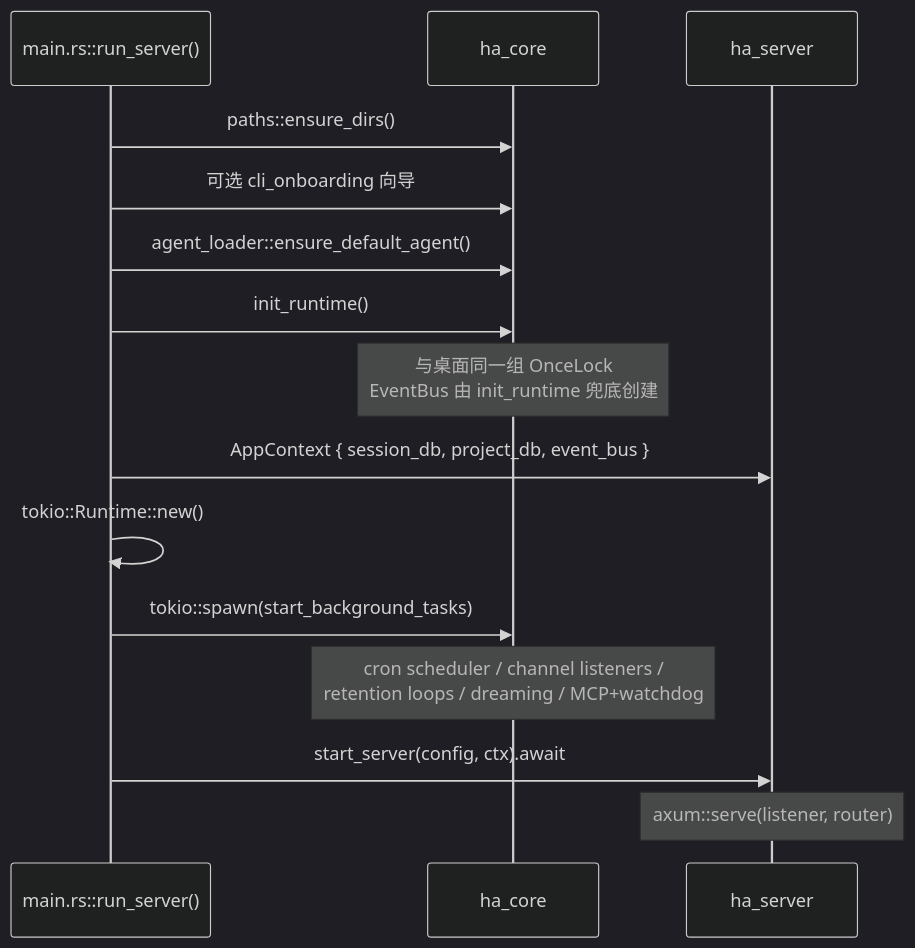
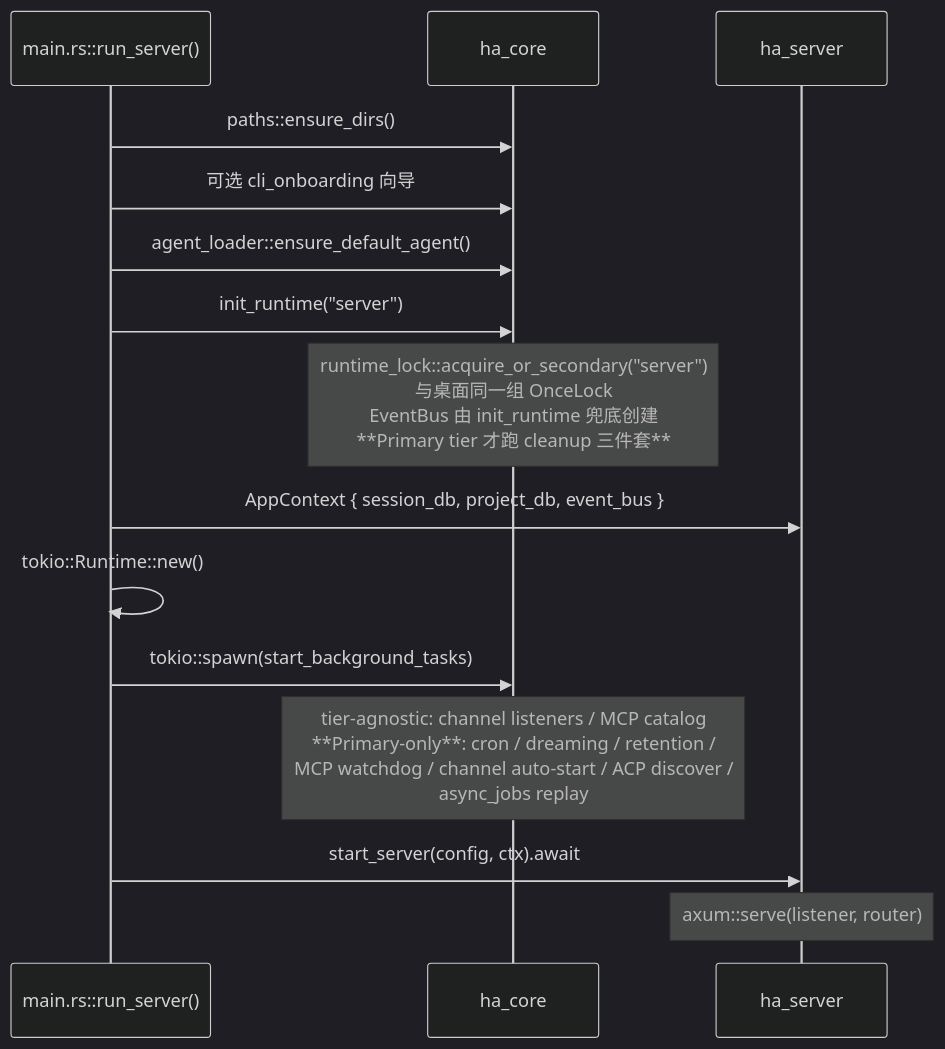
One commit to shiwenwen/hope-agent changed the sixth of 9 diagrams in docs/architecture/backend-separation.md. Above: the diagram before and after it, drawn with Mermaid (dark theme). The commit also changed other lines of this file and 3 other files, not shown here.

First line of the commit message:
docs: document Primary/Secondary tiering + multi-process safety

````diff
--- a/docs/architecture/backend-separation.md
+++ b/docs/architecture/backend-separation.md
@@ -317,18 +317,18 @@
 ```mermaid
 sequenceDiagram
     participant Main as main.rs::run_server()
     participant Core as ha_core
     participant Server as ha_server
 
     Main->>Core: paths::ensure_dirs()
     Main->>Core: 可选 cli_onboarding 向导
     Main->>Core: agent_loader::ensure_default_agent()
-    Main->>Core: init_runtime()
-    Note over Core: 与桌面同一组 OnceLock<br/>EventBus 由 init_runtime 兜底创建
+    Main->>Core: init_runtime("server")
+    Note over Core: runtime_lock::acquire_or_secondary("server")<br/>与桌面同一组 OnceLock<br/>EventBus 由 init_runtime 兜底创建<br/>**Primary tier 才跑 cleanup 三件套**
     Main->>Server: AppContext { session_db, project_db, event_bus }
     Main->>Main: tokio::Runtime::new()
     Main->>Core: tokio::spawn(start_background_tasks)
-    Note over Core: cron scheduler / channel listeners /<br/>retention loops / dreaming / MCP+watchdog
+    Note over Core: tier-agnostic: channel listeners / MCP catalog<br/>**Primary-only**: cron / dreaming / retention /<br/>MCP watchdog / channel auto-start / ACP discover /<br/>async_jobs replay
     Main->>Server: start_server(config, ctx).await
     Note over Server: axum::serve(listener, router)
 ```
````
